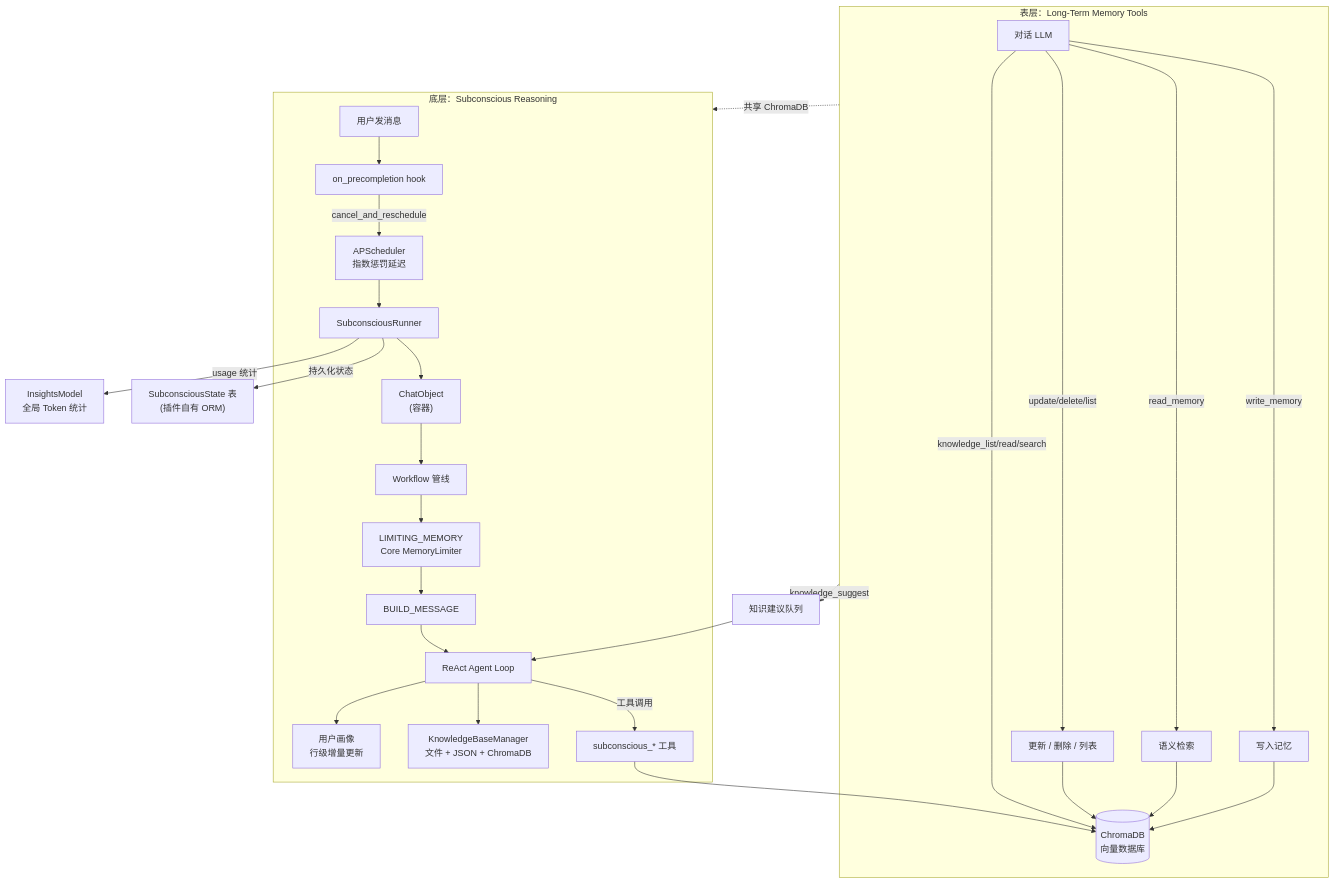
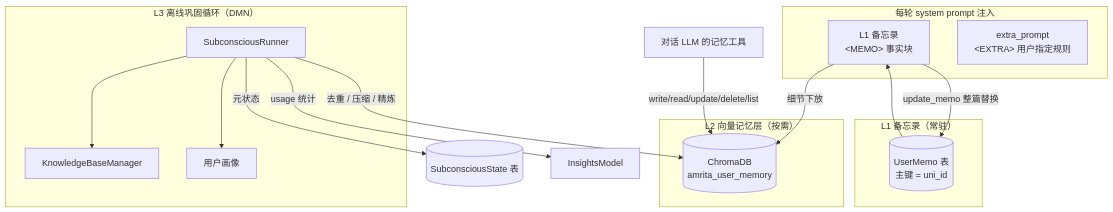
The first of 4 diagrams in README.md (AmritaBot/plugin-memory), drawn with Mermaid before and after one commit. The commit also changed other lines of this file and 13 other files, not shown here.

First line of the commit message:
feat(memory): 分区键跟随框架 uni_id + 嵌入指纹校验与 ambot memory 命令

````diff
--- a/README.md
+++ b/README.md
@@ -74,33 +90,32 @@
 ```mermaid
 flowchart TB
-    subgraph Surface["表层：Long-Term Memory Tools"]
-        S_LLM["对话 LLM"] -->|"write_memory"| S_Write["写入记忆"]
-        S_LLM -->|"read_memory"| S_Read["语义检索"]
-        S_LLM -->|"update/delete/list"| S_Mut["更新 / 删除 / 列表"]
-        S_Write --> ChromaDB[("ChromaDB<br/>向量数据库")]
-        S_Read --> ChromaDB
-        S_Mut --> ChromaDB
-        S_LLM -->|"knowledge_list/read/search"| ChromaDB
+    subgraph Prompt["每轮 system prompt 注入"]
+        Memo["L1 备忘录<br/>&lt;MEMO&gt; 事实块"]
+        Extra["extra_prompt<br/>&lt;EXTRA&gt; 用户指定规则"]
     end
 
-    subgraph Subconscious["底层：Subconscious Reasoning"]
-        UserChat["用户发消息"] --> Hook["on_precompletion hook"]
-        Hook -->|"cancel_and_reschedule"| Scheduler["APScheduler<br/>指数惩罚延迟"]
-        Scheduler --> Runner["SubconsciousRunner"]
-        Runner --> ChatObject["ChatObject<br/>(容器)"]
-        ChatObject --> WF["Workflow 管线"]
-        WF --> LM["LIMITING_MEMORY<br/>Core MemoryLimiter"]
-        LM --> Build["BUILD_MESSAGE"]
-        Build --> AgentLoop["ReAct Agent Loop"]
-        AgentLoop -->|"工具调用"| STools["subconscious_* 工具"]
-        STools --> ChromaDB
-        AgentLoop --> KB["KnowledgeBaseManager<br/>文件 + JSON + ChromaDB"]
-        AgentLoop --> Profile["用户画像<br/>行级增量更新"]
+    subgraph L1["L1 备忘录（常驻）"]
+        MemoTable[("UserMemo 表<br/>主键 = uni_id")]
     end
 
-    Surface -->|"knowledge_suggest"| SuggQueue["知识建议队列"]
-    SuggQueue --> AgentLoop
-    Surface -.->|"共享 ChromaDB"| Subconscious
-    Runner -->|"持久化状态"| StateTable["SubconsciousState 表<br/>(插件自有 ORM)"]
-    Runner -->|"usage 统计"| Insights["InsightsModel<br/>全局 Token 统计"]
+    subgraph L2["L2 向量记忆层（按需）"]
+        ChromaDB[("ChromaDB<br/>amrita_user_memory")]
+    end
+
+    subgraph L3["L3 离线巩固循环（DMN）"]
+        Runner["SubconsciousRunner"]
+        KB["KnowledgeBaseManager"]
+        Profile["用户画像"]
+    end
+
+    MemoTable --> Memo
+    Memo -->|"update_memo 整篇替换"| MemoTable
+    Memo -->|"细节下放"| ChromaDB
+
+    SurfaceTools["对话 LLM 的记忆工具"] -->|"write/read/update/delete/list"| ChromaDB
+    Runner -->|"去重 / 压缩 / 精炼"| ChromaDB
+    Runner --> KB
+    Runner --> Profile
+    Runner -->|"元状态"| StateTable[("SubconsciousState 表")]
+    Runner -->|"usage 统计"| Insights["InsightsModel"]
 ```
````
